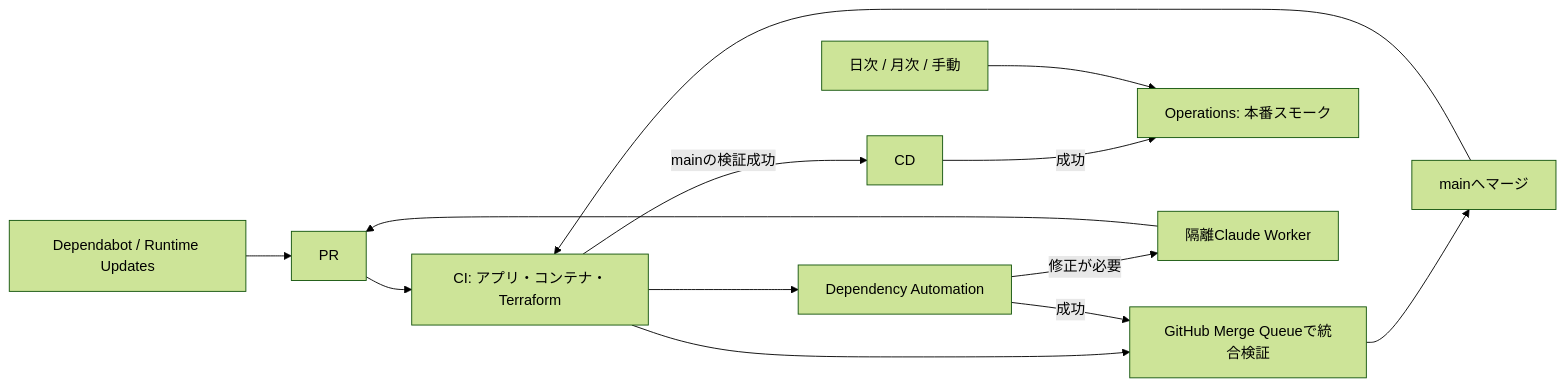
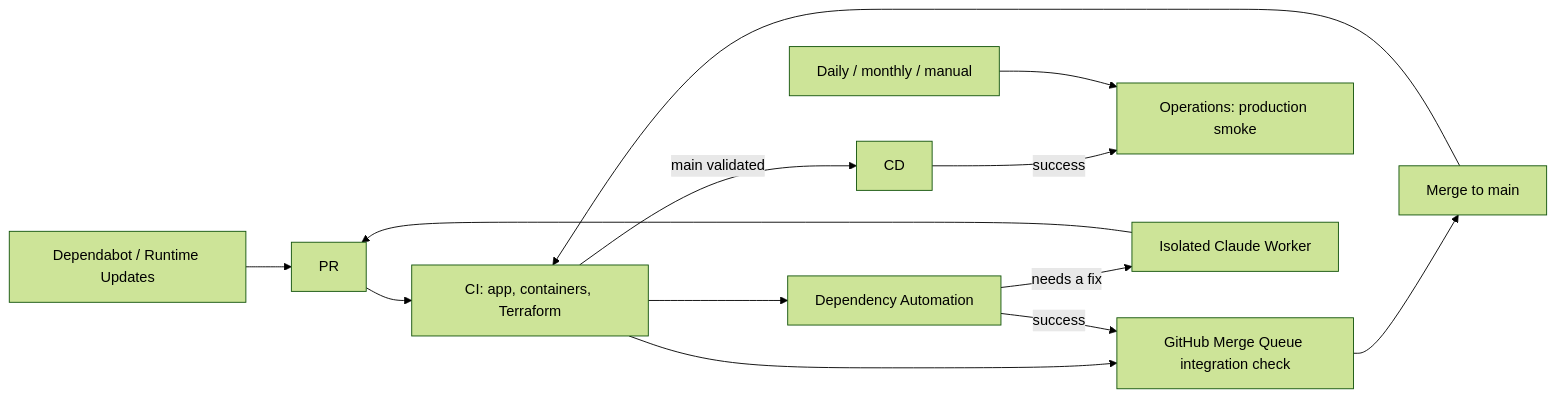
Before and after one commit to yukiharada1228/videoq: the diagram in .github/WORKFLOWS.md, drawn with Mermaid (forest theme). The commit also changed other lines of this file and 72 other files, not shown here.

````diff
--- a/.github/WORKFLOWS.md
+++ b/.github/WORKFLOWS.md
@@ -6,15 +6,15 @@
 ```mermaid
 flowchart LR
-  PR[PR] --> CI[CI: アプリ・コンテナ・Terraform]
-  CI --> Q[GitHub Merge Queueで統合検証]
-  Q --> M[mainへマージ]
+  PR[PR] --> CI[CI: app, containers, Terraform]
+  CI --> Q[GitHub Merge Queue integration check]
+  Q --> M[Merge to main]
   M --> CI
-  CI -->|mainの検証成功| CD[CD]
-  CD -->|成功| O[Operations: 本番スモーク]
+  CI -->|main validated| CD[CD]
+  CD -->|success| O[Operations: production smoke]
   D[Dependabot / Runtime Updates] --> PR
   CI --> A[Dependency Automation]
-  A -->|成功| Q
-  A -->|修正が必要| C[隔離Claude Worker]
+  A -->|success| Q
+  A -->|needs a fix| C[Isolated Claude Worker]
   C --> PR
-  T[日次 / 月次 / 手動] --> O
+  T[Daily / monthly / manual] --> O
 ```
````
